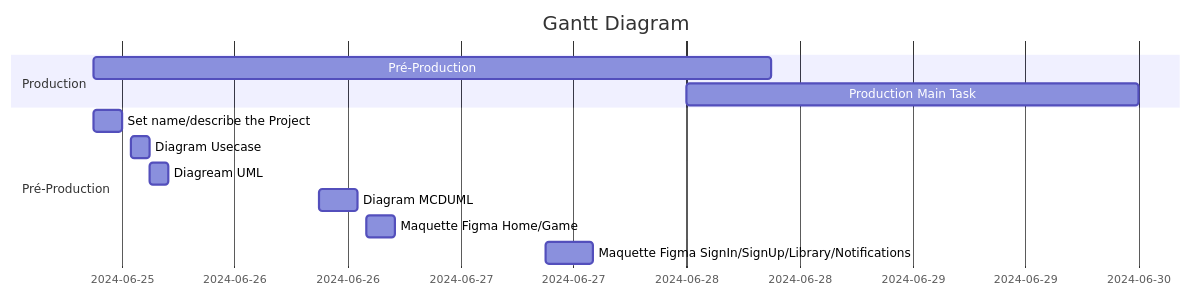
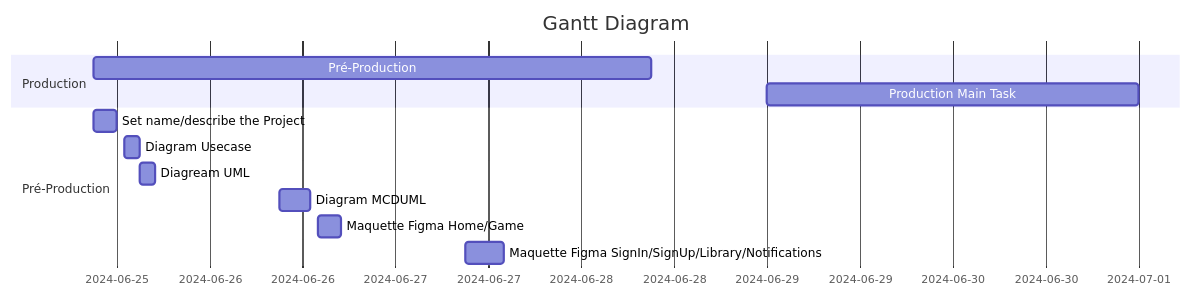
The first of 3 diagrams in README.md (JameS-Gmz/api-Rest), drawn with Mermaid before and after one commit.

````diff
--- a/README.md
+++ b/README.md
@@ -48,15 +48,15 @@
 ```mermaid
 gantt
     title Gantt Diagram
     dateFormat YYYY-MM-DD
     section Production
         Pré-Production   :a1, 2024-06-25 9:00, 3d
-        Production Main Task : 2024-06-28, 2d
+        Production Main Task : 2024-06-29, 2d
     section Pré-Production
         Set name/describe the Project :2024-06-25 9:00, 3h
         Diagram Usecase  : 2024-06-25 13:00, 2h
         Diagream UML : 2024-06-25 15:00, 2h
         Diagram MCDUML : 2024-06-26 9:00, 4h
         Maquette Figma Home/Game : 2024-06-26 14:00, 3h
         Maquette Figma SignIn/SignUp/Library/Notifications : 2024-06-27 9:00, 5h
 ```
````
